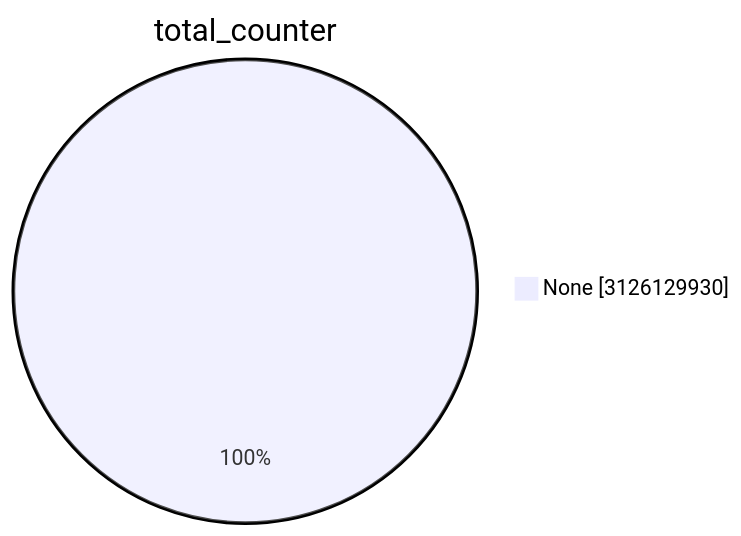
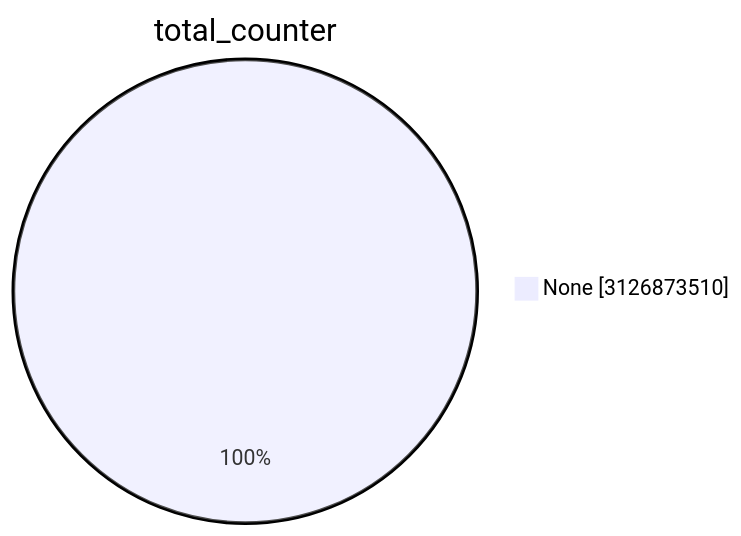
Before and after one commit to christiankrug/ctmonitor_visualization: the first of 15 diagrams in TOTAL/README.md, drawn with Mermaid. The commit also changed other lines of this file, not shown here.

````diff
--- a/TOTAL/README.md
+++ b/TOTAL/README.md
@@ -1,5 +1,5 @@
 ```mermaid
 pie showData
 title total_counter
-"None" :3126129930
+"None" :3126873510
 ```
````
